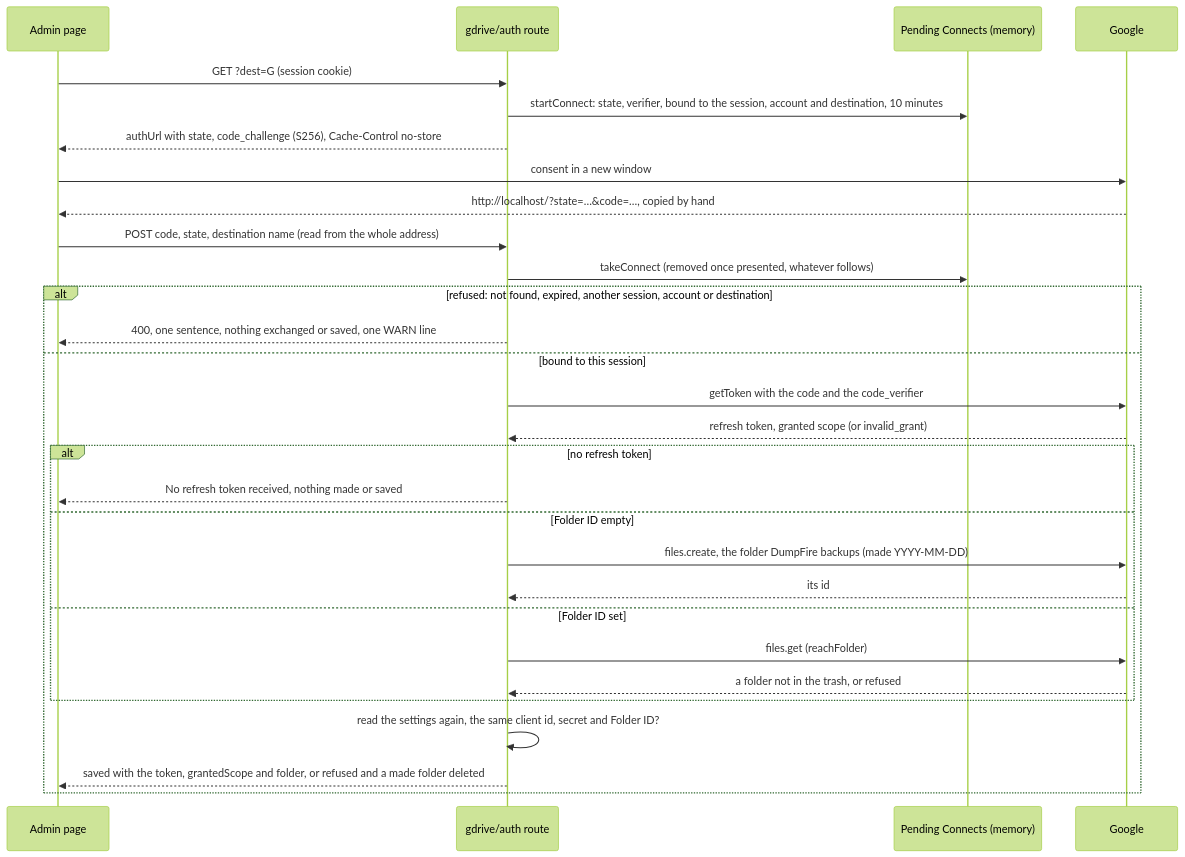
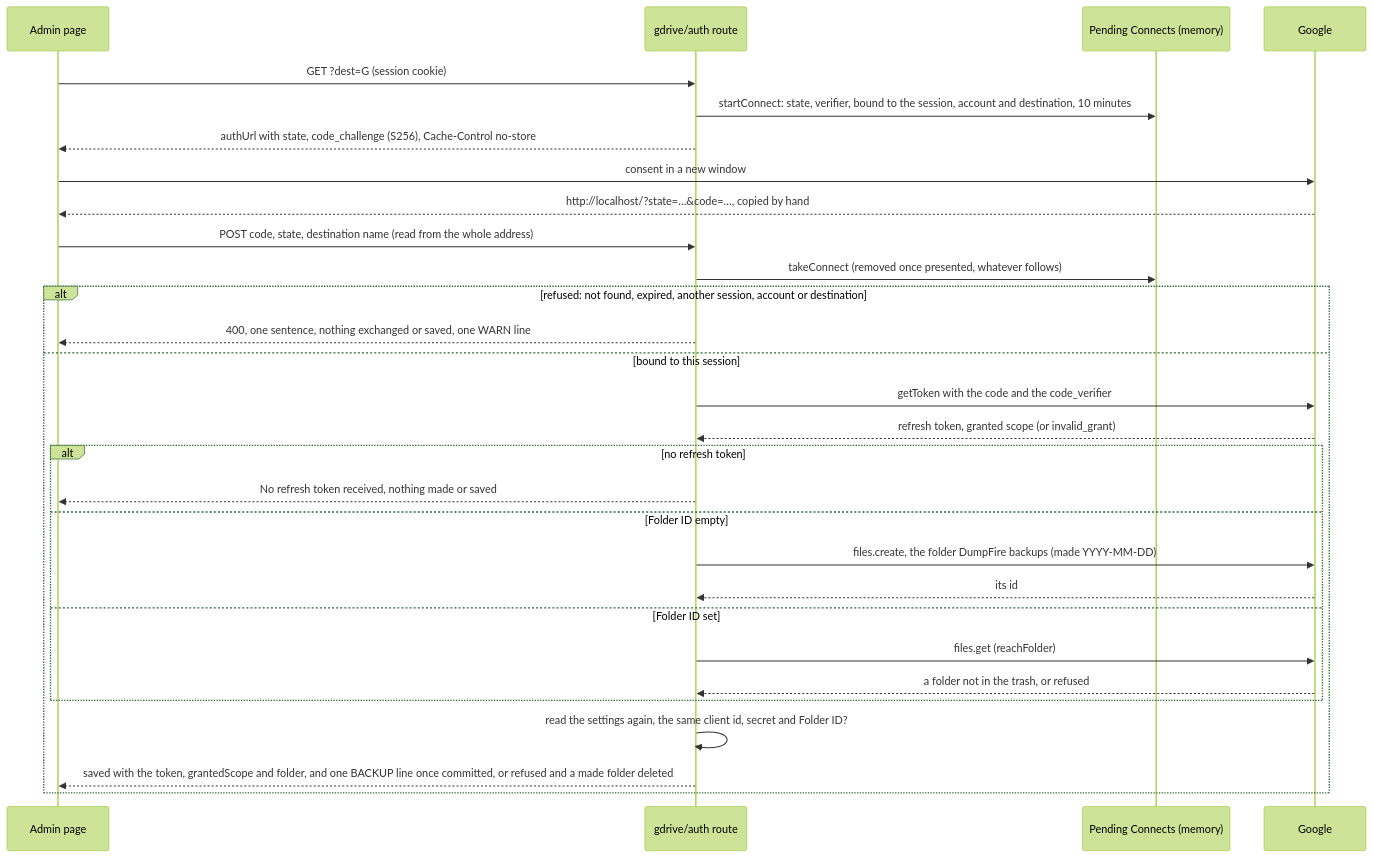
One commit to gitBoon/DumpFire changed the fifth of 13 diagrams in docs/backup-reporting.md. Above: the diagram before and after it, drawn with Mermaid (forest theme). The commit also changed other lines of this file and 7 other files, not shown here.

````diff
--- a/docs/backup-reporting.md
+++ b/docs/backup-reporting.md
@@ -309,31 +309,31 @@
 ```mermaid
 sequenceDiagram
     participant P as Admin page
     participant R as gdrive/auth route
     participant M as Pending Connects (memory)
     participant G as Google
     P->>R: GET ?dest=G (session cookie)
     R->>M: startConnect: state, verifier, bound to the session, account and destination, 10 minutes
     R-->>P: authUrl with state, code_challenge (S256), Cache-Control no-store
     P->>G: consent in a new window
     G-->>P: http://localhost/?state=…&code=…, copied by hand
     P->>R: POST code, state, destination name (read from the whole address)
     R->>M: takeConnect (removed once presented, whatever follows)
     alt refused: not found, expired, another session, account or destination
         R-->>P: 400, one sentence, nothing exchanged or saved, one WARN line
     else bound to this session
         R->>G: getToken with the code and the code_verifier
         G-->>R: refresh token, granted scope (or invalid_grant)
         alt no refresh token
             R-->>P: No refresh token received, nothing made or saved
         else Folder ID empty
             R->>G: files.create, the folder DumpFire backups (made YYYY-MM-DD)
             G-->>R: its id
         else Folder ID set
             R->>G: files.get (reachFolder)
             G-->>R: a folder not in the trash, or refused
         end
         R->>R: read the settings again, the same client id, secret and Folder ID?
-        R-->>P: saved with the token, grantedScope and folder, or refused and a made folder deleted
+        R-->>P: saved with the token, grantedScope and folder, and one BACKUP line once committed, or refused and a made folder deleted
     end
 ```
````
